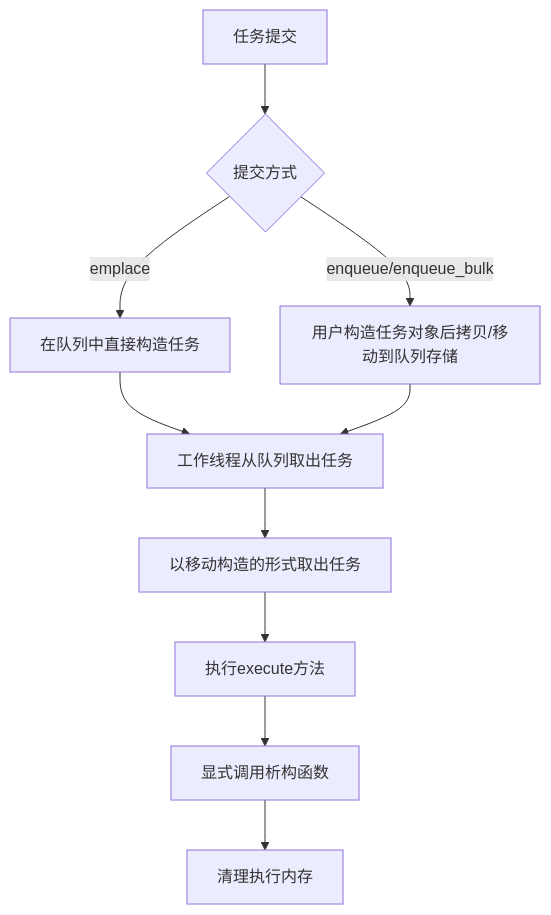
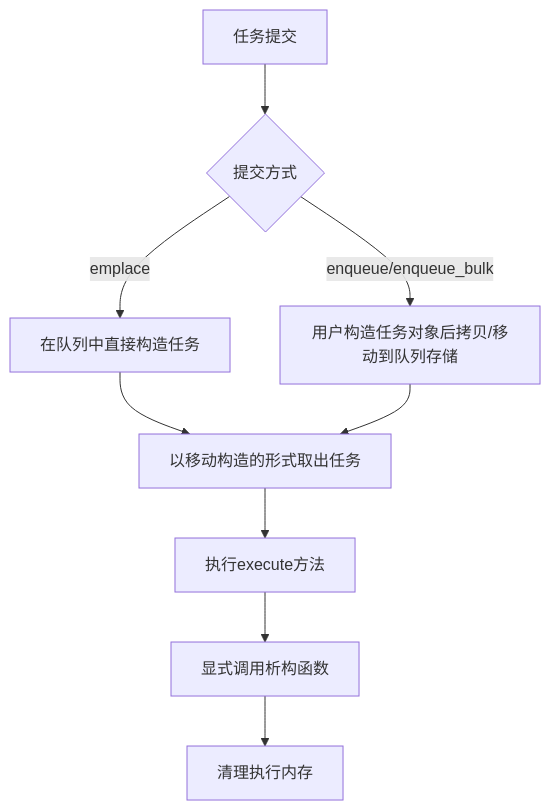
One commit to HSLL175848494/ThreadPool changed the diagram in README.md. Above: the diagram before and after it, drawn with Mermaid.

````diff
--- a/README.md
+++ b/README.md
@@ -84,14 +84,13 @@
 ```mermaid
 graph TD
     A[任务提交] --> B{提交方式}
     B -->|emplace| C[在队列中直接构造任务]
     B -->|enqueue/enqueue_bulk| D[用户构造任务对象后拷贝/移动到队列存储]
     
-    C --> E[工作线程从队列取出任务]
+    C --> E[以移动构造的形式取出任务]
     D --> E
     
-    E --> F[以移动构造的形式取出任务]
-    F --> G[执行execute方法]
-    G --> H[显式调用析构函数]
-    H --> I[清理执行内存]
+    E --> F[执行execute方法]
+    F --> G[显式调用析构函数]
+    G --> H[清理执行内存]
 ```
````
